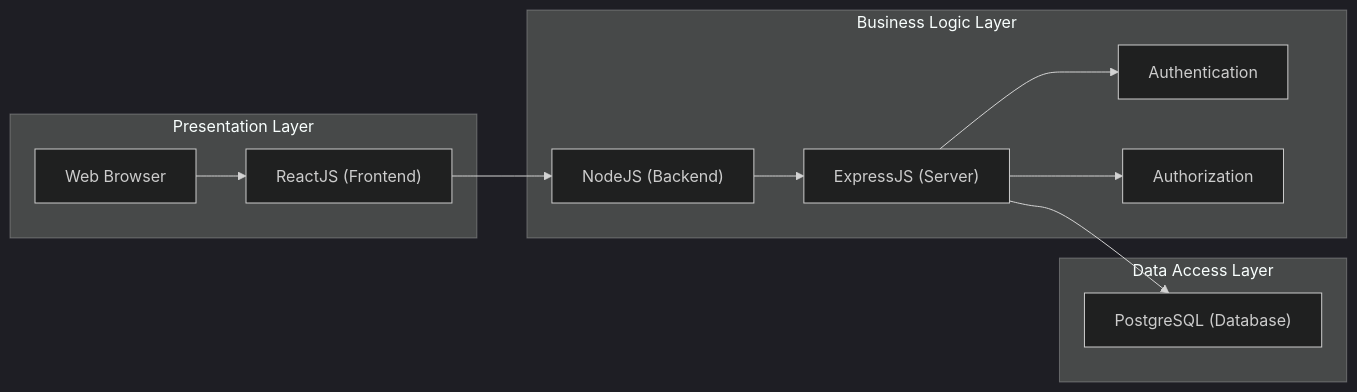
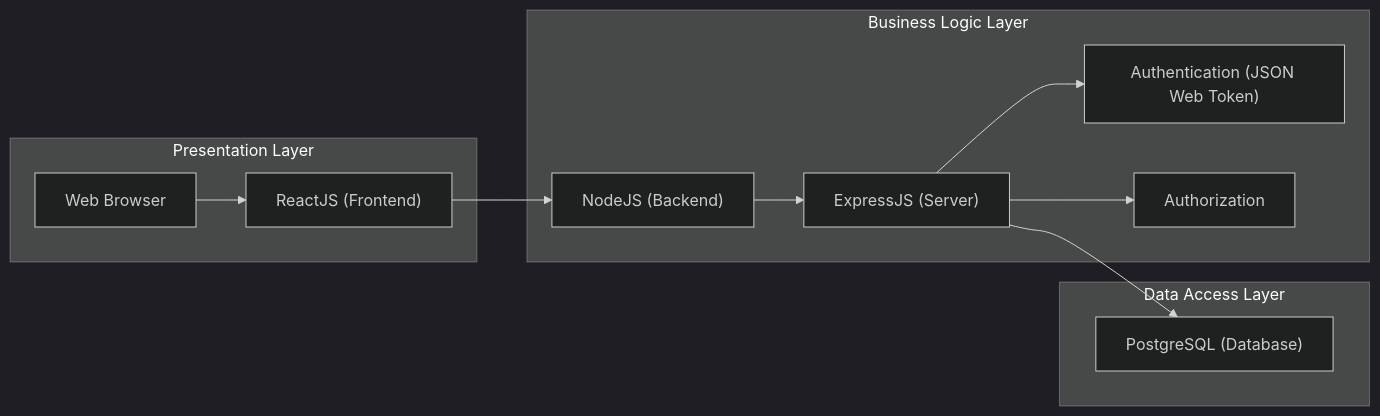
The first of 3 diagrams in README.md (VAlexandersson/XPERT_Fullstack_Gym_Scheduler), drawn with Mermaid before and after one commit. The commit also changed other lines of this file and 7 other files, not shown here.

````diff
--- a/README.md
+++ b/README.md
@@ -10,23 +37,23 @@
 ```mermaid
 %%{init: {'theme':'dark'}}%%
 graph LR 
   subgraph Presentation_Layer["Presentation Layer"]
     A["Web Browser"]
     B["ReactJS (Frontend)"]
   end
   subgraph Business_Logic_Layer["Business Logic Layer"]
     C["NodeJS (Backend)"]
     D["ExpressJS (Server)"]
-    E["Authentication"]
+    E["Authentication (JSON Web Token)"]
     F["Authorization"]
   end
   subgraph Data_Access_Layer["Data Access Layer"]
     G["PostgreSQL (Database)"]
   end
   A --> B
   B --> C
   C --> D
   D --> E
   D --> F
   D --> G
 ```
````
